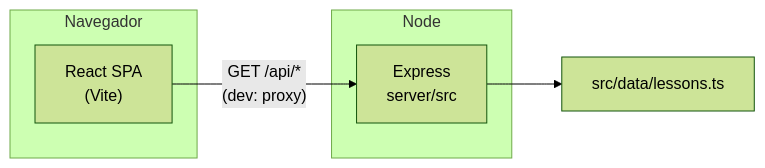
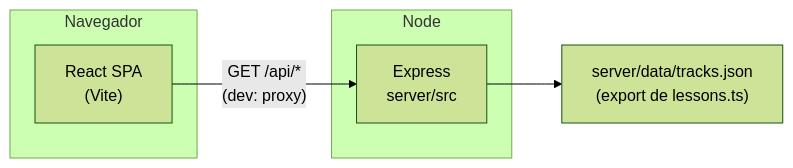
Before and after one commit to Costanza22/code-buddy-76: the diagram in README.md, drawn with Mermaid (forest theme). The commit also changed other lines of this file and 23 other files, not shown here.

````diff
--- a/README.md
+++ b/README.md
@@ -103,12 +112,12 @@
 ```mermaid
 flowchart LR
   subgraph browser["Navegador"]
     SPA["React SPA\n(Vite)"]
   end
   subgraph api["Node"]
     EX["Express\nserver/src"]
   end
-  DATA["src/data/lessons.ts"]
+  DATA["server/data/tracks.json\n(export de lessons.ts)"]
   SPA -->|"GET /api/*\n(dev: proxy)"| EX
   EX --> DATA
 ```
````
